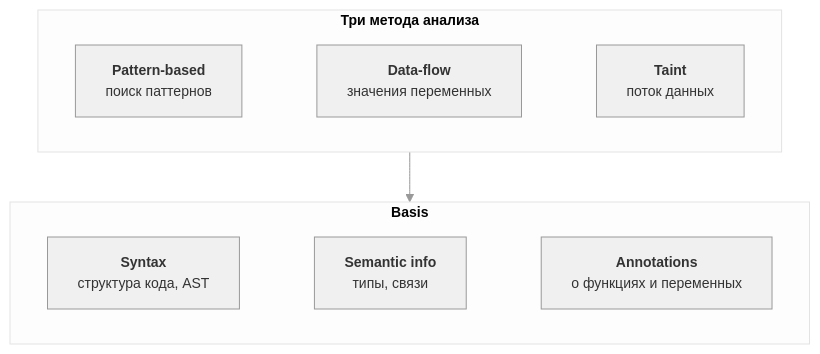
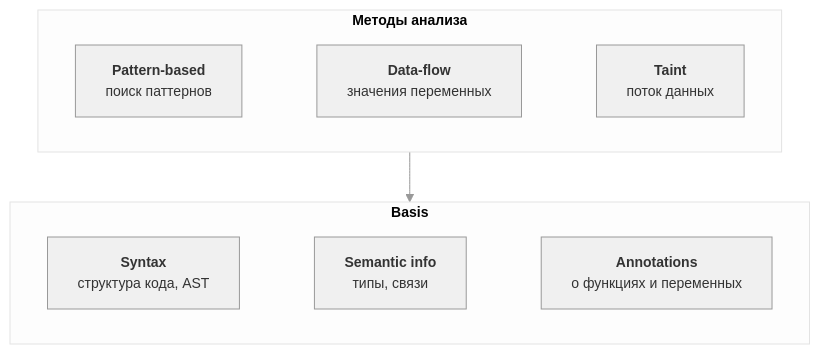
Before and after one commit to Otto-7/mcp: the diagram in docs/research/sast-basics.md, drawn with Mermaid.

````diff
--- a/docs/research/sast-basics.md
+++ b/docs/research/sast-basics.md
@@ -2,27 +2,27 @@
 ```mermaid
 %%{init: {'theme':'base', 'themeVariables': {
   'primaryColor': '#f0f0f0',
   'primaryTextColor': '#333333',
   'primaryBorderColor': '#999999',
   'lineColor': '#999999',
   'fontSize': '14px'
 }}}%%
 flowchart TD
-    subgraph Methods["<b>Три метода анализа</b>"]
+    subgraph Methods["<b>Методы анализа</b>"]
         direction LR
         P["<b>Pattern-based</b><br/>поиск паттернов"]
         D["<b>Data-flow</b><br/>значения переменных"]
         T["<b>Taint</b><br/>поток данных"]
         P ~~~ D ~~~ T
     end
 
     subgraph Basis["<b>Basis</b>"]
         direction LR
         S["<b>Syntax</b><br/>структура кода, AST"]
         SI["<b>Semantic info</b><br/>типы, связи"]
         AN["<b>Annotations</b><br/>о функциях и переменных"]
         S ~~~ SI ~~~ AN
     end
 
     Methods --> Basis
 ```
````
